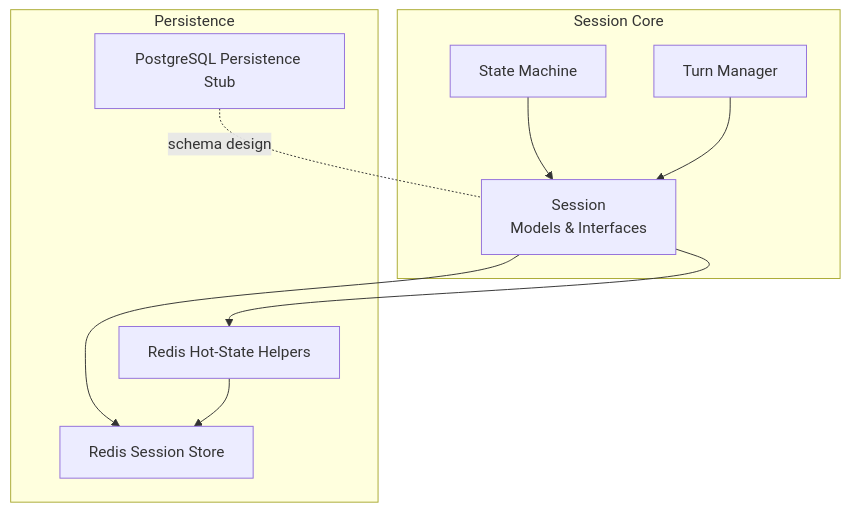
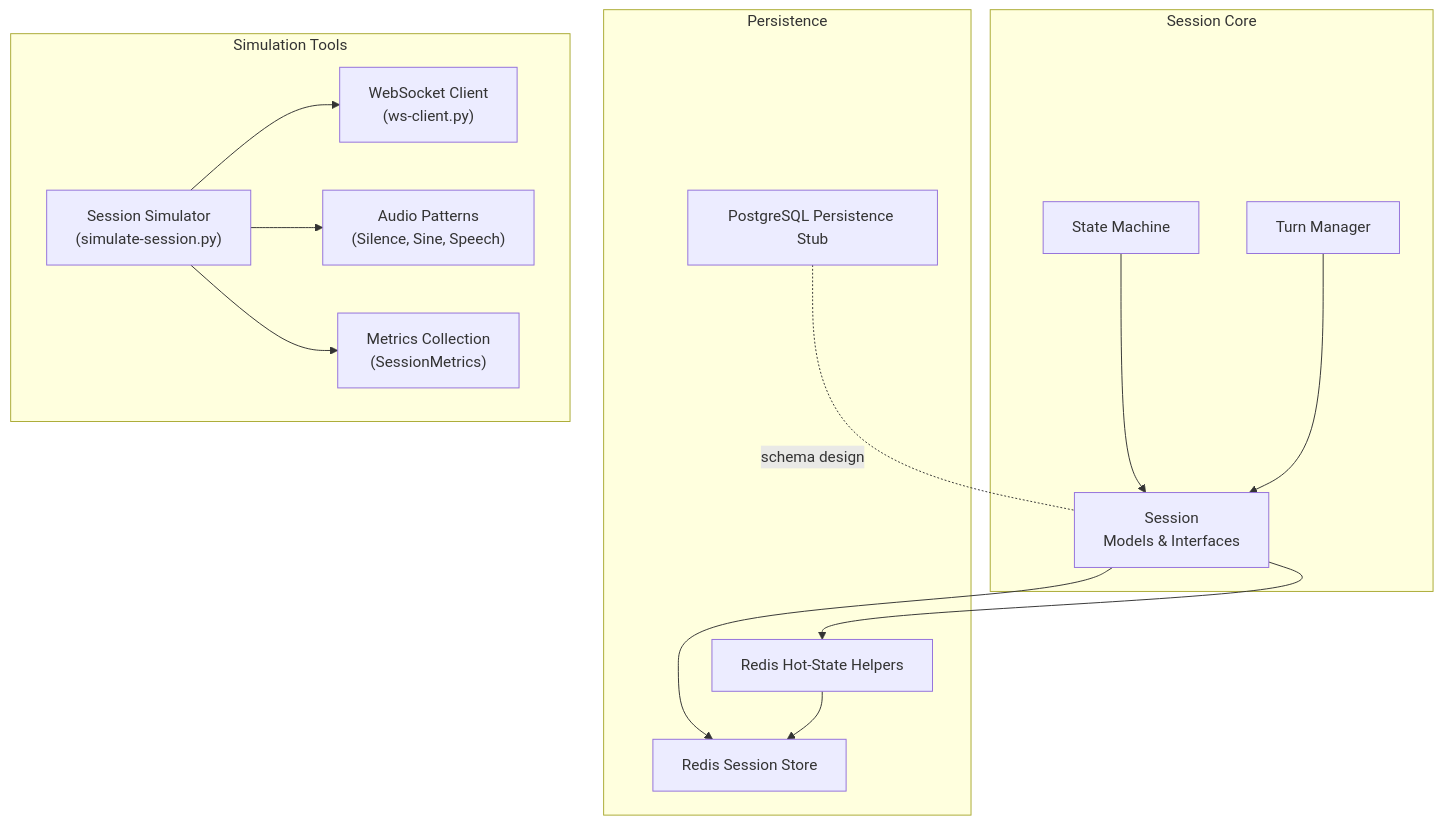
Before and after one commit to vashkelis/call-server: the first of 11 diagrams in .qoder/repowiki/en/content/Session Management.md, drawn with Mermaid. The commit also changed other lines of this file and 16 other files, not shown here.

````diff
--- a/.qoder/repowiki/en/content/Session Management.md
+++ b/.qoder/repowiki/en/content/Session Management.md
@@ -49,19 +65,28 @@
 ```mermaid
 graph TB
 subgraph "Session Core"
 S["Session<br/>Models & Interfaces"]
 ST["State Machine"]
 TM["Turn Manager"]
 end
 subgraph "Persistence"
 RS["Redis Session Store"]
 RP["Redis Hot-State Helpers"]
 PG["PostgreSQL Persistence Stub"]
 end
+subgraph "Simulation Tools"
+SS["Session Simulator<br/>(simulate-session.py)"]
+WS["WebSocket Client<br/>(ws-client.py)"]
+AP["Audio Patterns<br/>(Silence, Sine, Speech)"]
+MET["Metrics Collection<br/>(SessionMetrics)"]
+end
 S --> RS
 S --> RP
 ST --> S
 TM --> S
 RP --> RS
 PG -. "schema design" .- S
+SS --> WS
+SS --> AP
+SS --> MET
 ```
````
